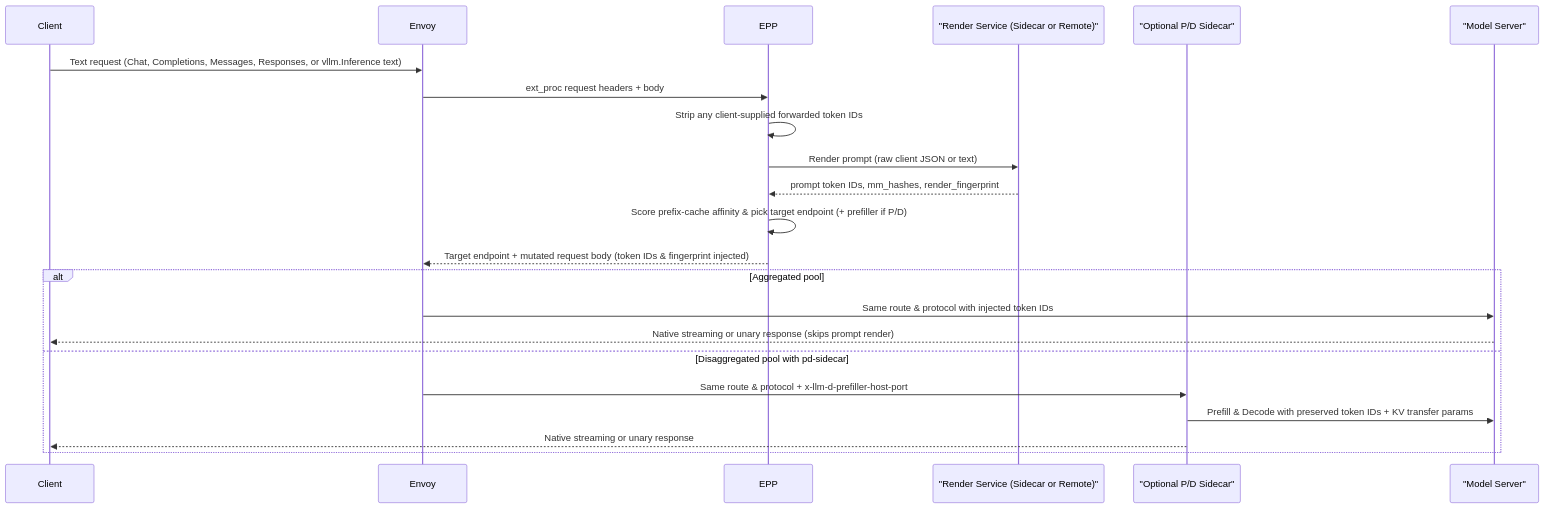
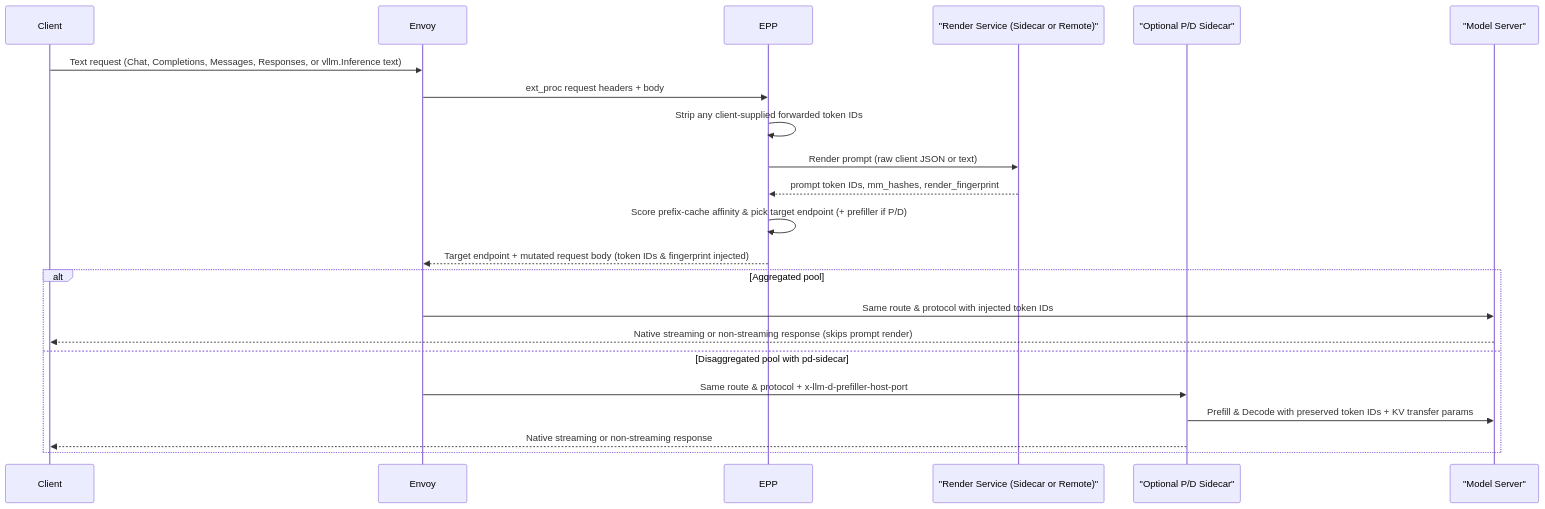
Before and after one commit to llm-d/llm-d-router: the second of 2 diagrams in docs/tokenize-once-at-ingress.md, drawn with Mermaid. The commit also changed other lines of this file, not shown here.

````diff
--- a/docs/tokenize-once-at-ingress.md
+++ b/docs/tokenize-once-at-ingress.md
@@ -146,25 +145,25 @@
 ```mermaid
 sequenceDiagram
     participant C as Client
     participant E as Envoy
     participant P as EPP
     participant R as "Render Service (Sidecar or Remote)"
     participant SD as "Optional P/D Sidecar"
     participant S as "Model Server"
 
     C->>E: Text request (Chat, Completions, Messages, Responses, or vllm.Inference text)
     E->>P: ext_proc request headers + body
     P->>P: Strip any client-supplied forwarded token IDs
     P->>R: Render prompt (raw client JSON or text)
     R-->>P: prompt token IDs, mm_hashes, render_fingerprint
     P->>P: Score prefix-cache affinity & pick target endpoint (+ prefiller if P/D)
     P-->>E: Target endpoint + mutated request body (token IDs & fingerprint injected)
     alt Aggregated pool
         E->>S: Same route & protocol with injected token IDs
-        S-->>C: Native streaming or unary response (skips prompt render)
+        S-->>C: Native streaming or non-streaming response (skips prompt render)
     else Disaggregated pool with pd-sidecar
         E->>SD: Same route & protocol + x-llm-d-prefiller-host-port
         SD->>S: Prefill & Decode with preserved token IDs + KV transfer params
-        SD-->>C: Native streaming or unary response
+        SD-->>C: Native streaming or non-streaming response
     end
 ```
````
